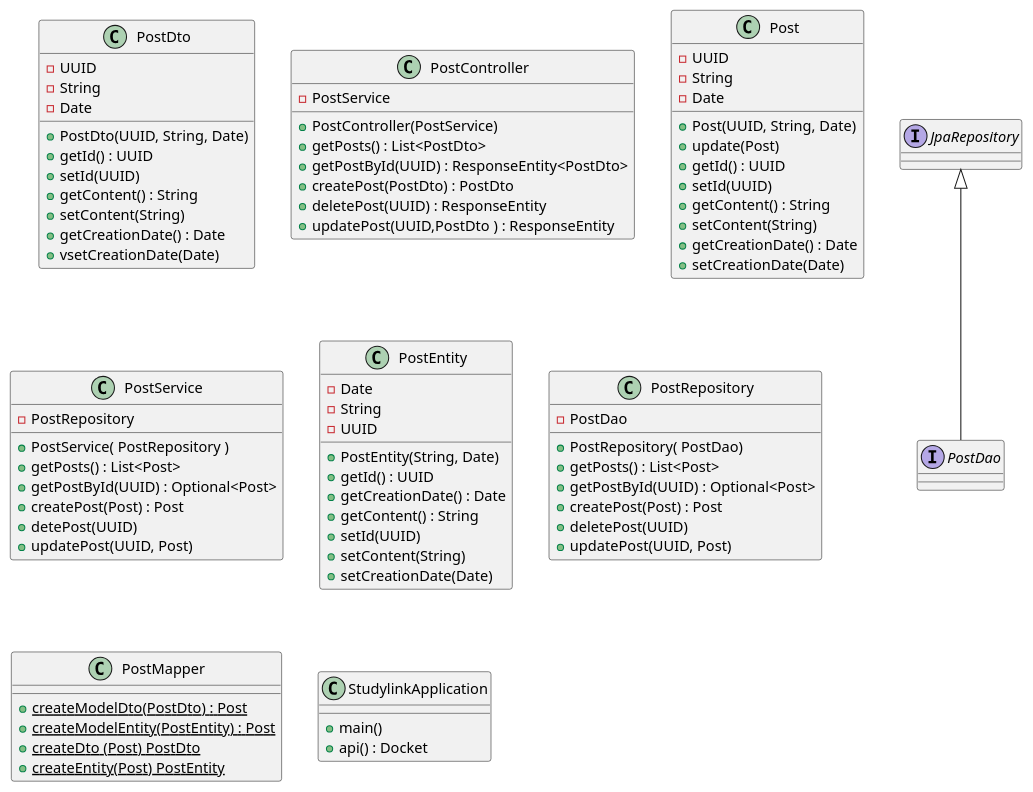
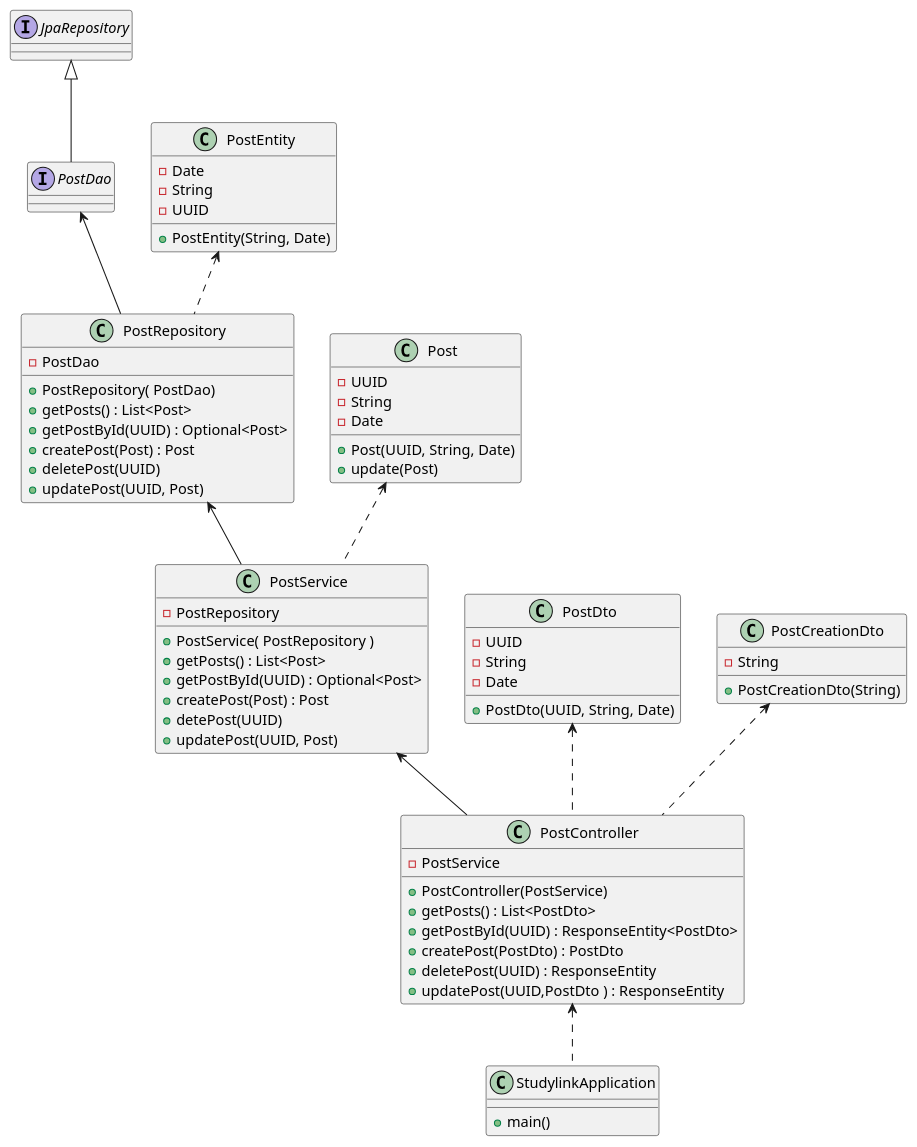
One commit to jaysonmourier/studylink changed the diagram in studylink_api/class.puml. Above: the diagram before and after it, drawn with PlantUML. The commit also changed 2 other files, not shown here.

```diff
--- a/studylink_api/class.puml
+++ b/studylink_api/class.puml
@@ -1,93 +1,83 @@
 @startuml diagramStudylink
+
 JpaRepository<|--PostDao
+PostDto <.. PostController
+PostCreationDto <.. PostController
+PostService <-- PostController
+Post <.. PostService
+PostRepository <-- PostService
+' PostEntity <.. PostDao
+PostEntity <.. PostRepository
+PostDao <-- PostRepository 
+PostController <.. StudylinkApplication
 
+
+class PostCreationDto {
+   -String 
+   +PostCreationDto(String)
+}
+class PostController{
+      -PostService 
+      +PostController(PostService)
+      +getPosts() : List<PostDto>
+      +getPostById(UUID) : ResponseEntity<PostDto>
+      +createPost(PostDto) : PostDto
+      +deletePost(UUID) : ResponseEntity
+      +updatePost(UUID,PostDto ) : ResponseEntity
+   }
+   
  class PostDto {
     -UUID 
     -String 
     -Date 
    +PostDto(UUID, String, Date) 
-   + getId() : UUID
-   +setId(UUID)
-   + getContent() : String
-   +setContent(String)
-   + getCreationDate() : Date
-   +vsetCreationDate(Date)
- }
-
- class PostController{
-    -PostService 
-    +PostController(PostService)
-    +getPosts() : List<PostDto>
-    +getPostById(UUID) : ResponseEntity<PostDto>
-    +createPost(PostDto) : PostDto
-    +deletePost(UUID) : ResponseEntity
-    +updatePost(UUID,PostDto ) : ResponseEntity
  }
 
  class Post{
     -UUID
     -String
     -Date
     +Post(UUID, String, Date)
     +update(Post)
-    +getId() : UUID
-    +setId(UUID)
-    +getContent() : String
-    +setContent(String)
-    +getCreationDate() : Date
-    +setCreationDate(Date)
  }
 
  class PostService{
     -PostRepository
    +PostService( PostRepository )
    +getPosts() : List<Post> 
    +getPostById(UUID) : Optional<Post>
    +createPost(Post) : Post
    +detePost(UUID) 
    +updatePost(UUID, Post)
  }
 
 interface PostDao{
 
 }
 
 interface JpaRepository{
 
 }
 
 class PostEntity{
    -Date
    -String
    -UUID
    +PostEntity(String, Date)
-   +getId() : UUID
-   +getCreationDate() : Date
-   +getContent() : String
-   +setId(UUID)
-   +setContent(String)
-   +setCreationDate(Date)
 }
 
 class PostRepository{
    -PostDao
    +PostRepository( PostDao)
    +getPosts() : List<Post>
    +getPostById(UUID) : Optional<Post> 
    +createPost(Post) : Post 
    +deletePost(UUID)
    +updatePost(UUID, Post)
 }
 
-class PostMapper{
-   +{static}createModelDto(PostDto) : Post
-   +{static}createModelEntity(PostEntity) : Post
-   +{static}createDto (Post) PostDto
-   +{static}createEntity(Post) PostEntity
-}
-
 class StudylinkApplication{
    +main()
-   +api() : Docket
+   ' +api() : Docket
 }
  @endumls
```
